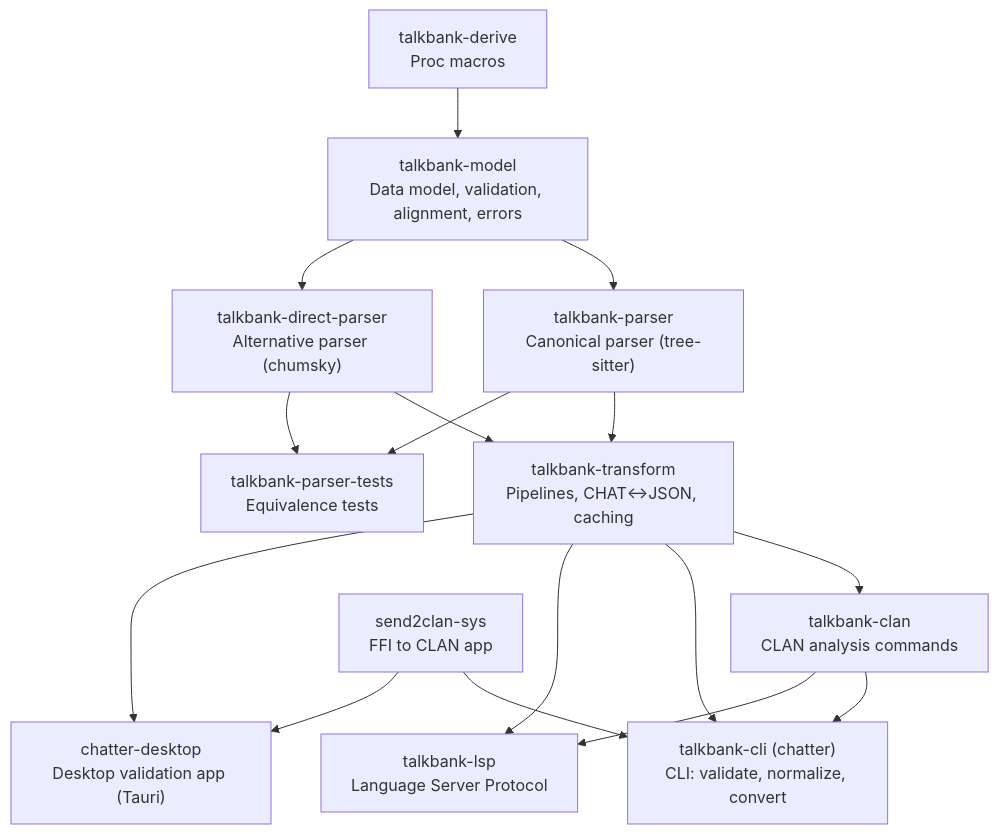
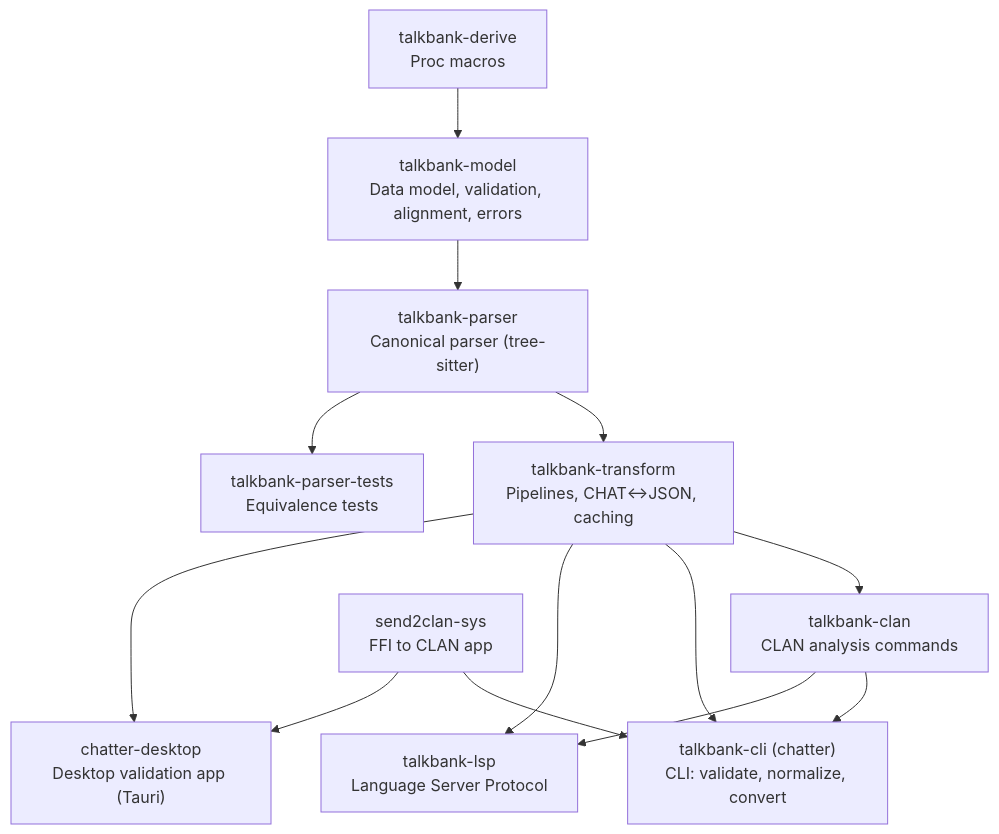
One commit to TalkBank/talkbank-tools changed the diagram in CLAUDE.md. Above: the diagram before and after it, drawn with Mermaid. The commit also changed other lines of this file and 716 other files, not shown here.

````diff
--- a/CLAUDE.md
+++ b/CLAUDE.md
@@ -142,22 +142,21 @@
 ```mermaid
 flowchart TD
     model["talkbank-model\nData model, validation, alignment, errors"]
     derive["talkbank-derive\nProc macros"]
     parser["talkbank-parser\nCanonical parser (tree-sitter)"]
-    dp["talkbank-direct-parser\nAlternative parser (chumsky)"]
     transform["talkbank-transform\nPipelines, CHAT↔JSON, caching"]
     clan["talkbank-clan\nCLAN analysis commands"]
     cli["talkbank-cli (chatter)\nCLI: validate, normalize, convert"]
     lsp["talkbank-lsp\nLanguage Server Protocol"]
     s2c["send2clan-sys\nFFI to CLAN app"]
     desktop["chatter-desktop\nDesktop validation app (Tauri)"]
     tests["talkbank-parser-tests\nEquivalence tests"]
 
     derive --> model
-    model --> parser & dp
-    parser & dp --> transform
+    model --> parser
+    parser --> transform
     transform --> clan & cli & lsp & desktop
     clan --> cli & lsp
     s2c --> cli & desktop
-    parser & dp --> tests
+    parser --> tests
 ```
````
